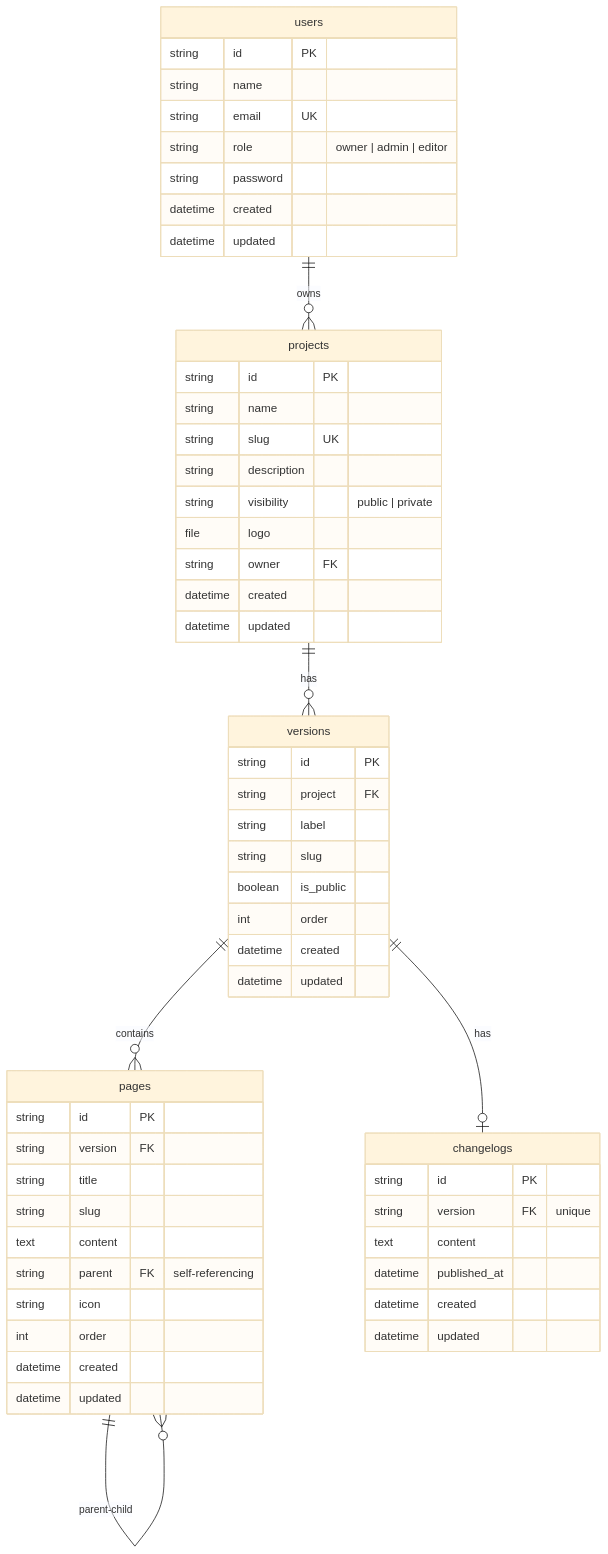
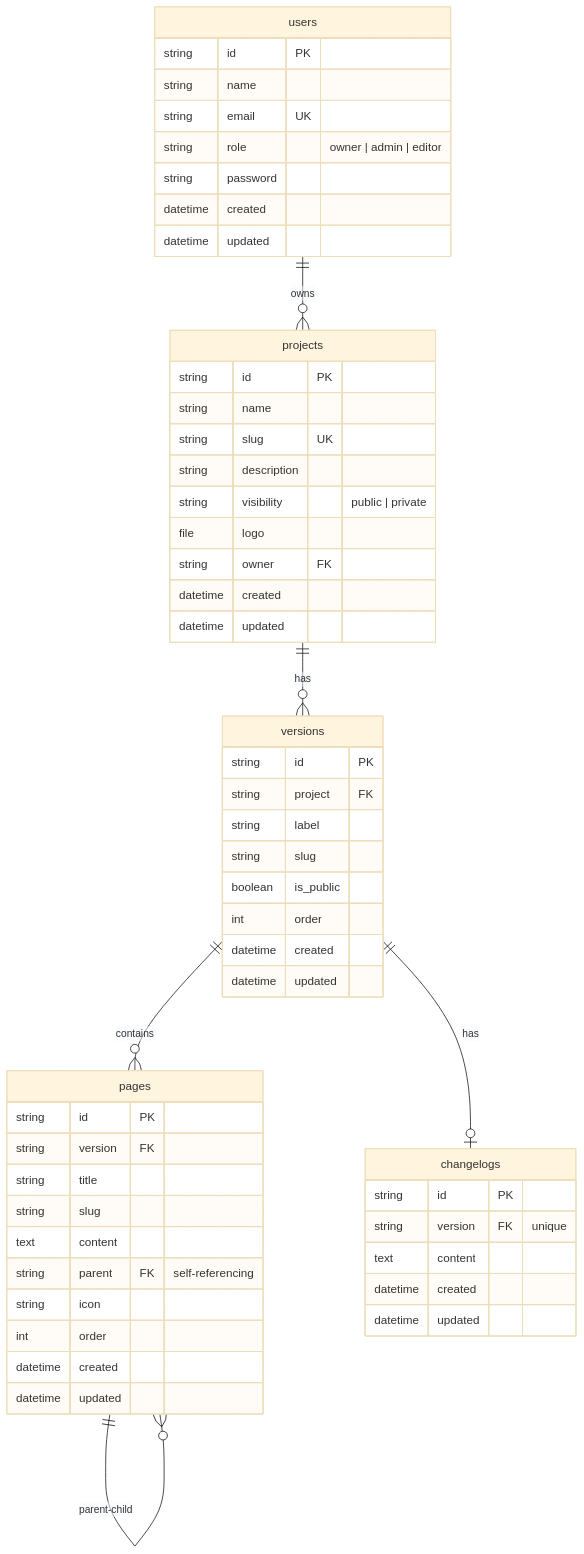
Before and after one commit to devAlphaSystem/Alpha-System-PocketDocs: the third of 5 diagrams in docs/architecture.md, drawn with Mermaid (base theme). The commit also changed other lines of this file and 23 other files, not shown here.

````diff
--- a/docs/architecture.md
+++ b/docs/architecture.md
@@ -103,63 +103,62 @@
 ```mermaid
 erDiagram
     users {
         string id PK
         string name
         string email UK
         string role "owner | admin | editor"
         string password
         datetime created
         datetime updated
     }
 
     projects {
         string id PK
         string name
         string slug UK
         string description
         string visibility "public | private"
         file logo
         string owner FK
         datetime created
         datetime updated
     }
 
     versions {
         string id PK
         string project FK
         string label
         string slug
         boolean is_public
         int order
         datetime created
         datetime updated
     }
 
     pages {
         string id PK
         string version FK
         string title
         string slug
         text content
         string parent FK "self-referencing"
         string icon
         int order
         datetime created
         datetime updated
     }
 
     changelogs {
         string id PK
         string version FK "unique"
         text content
-        datetime published_at
         datetime created
         datetime updated
     }
 
     users ||--o{ projects : "owns"
     projects ||--o{ versions : "has"
     versions ||--o{ pages : "contains"
     versions ||--o| changelogs : "has"
     pages ||--o{ pages : "parent-child"
 ```
````
